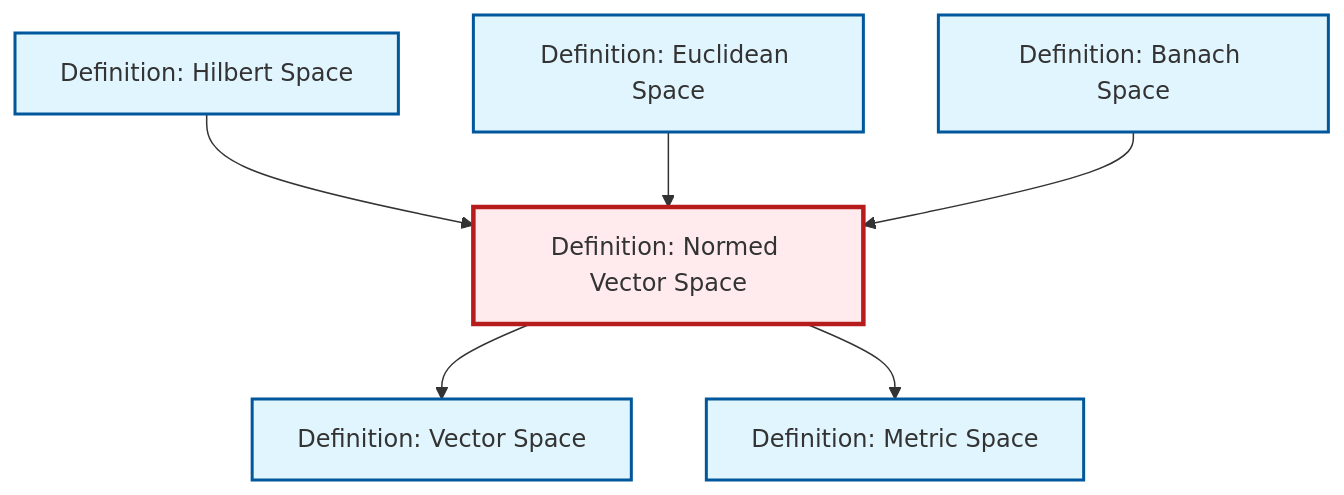
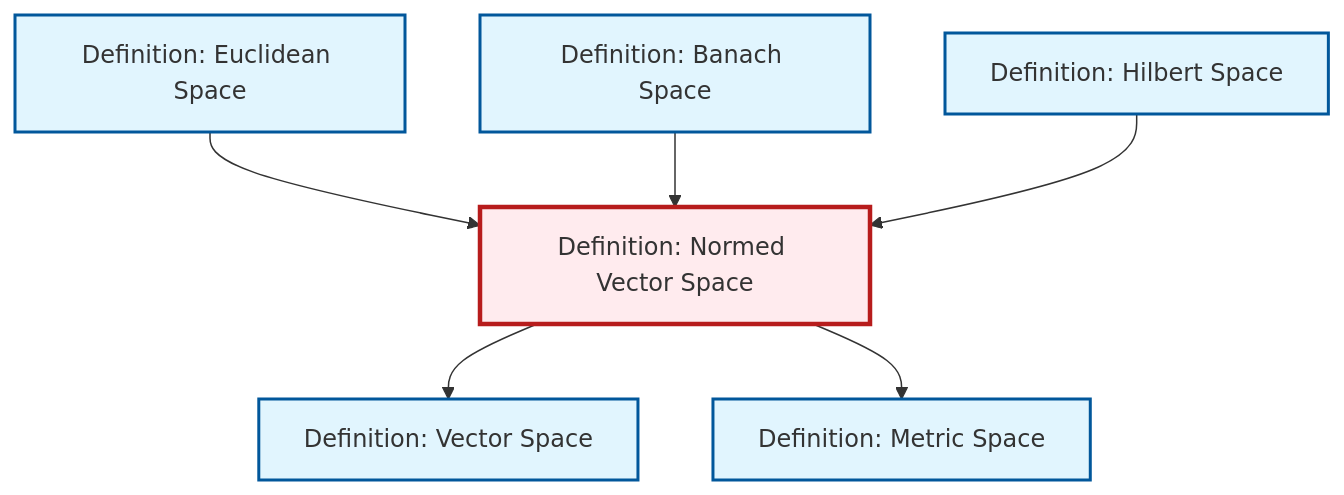
One commit to RK0429/ModernMath changed the diagram in content/en/analysis/def-normed-vector-space.qmd. Above: the diagram before and after it, drawn with Mermaid. The commit also changed other lines of this file and 654 other files, not shown here.

````diff
--- a/content/en/analysis/def-normed-vector-space.qmd
+++ b/content/en/analysis/def-normed-vector-space.qmd
@@ -131,26 +132,26 @@
 ```{mermaid}
 %%| fig-cap: "Local dependency graph"
 graph TD
     classDef definition fill:#e1f5fe,stroke:#01579b,stroke-width:2px
     classDef theorem fill:#f3e5f5,stroke:#4a148c,stroke-width:2px
     classDef axiom fill:#fff3e0,stroke:#e65100,stroke-width:2px
     classDef example fill:#e8f5e9,stroke:#1b5e20,stroke-width:2px
     classDef current fill:#ffebee,stroke:#b71c1c,stroke-width:3px
+    def-euclidean-space["Definition: Euclidean Space"]:::definition
     def-hilbert-space["Definition: Hilbert Space"]:::definition
+    def-metric-space["Definition: Metric Space"]:::definition
+    def-normed-vector-space["Definition: Normed Vector Space"]:::definition
     def-banach-space["Definition: Banach Space"]:::definition
-    def-metric-space["Definition: Metric Space"]:::definition
-    def-euclidean-space["Definition: Euclidean Space"]:::definition
     def-vector-space["Definition: Vector Space"]:::definition
-    def-normed-vector-space["Definition: Normed Vector Space"]:::definition
+    def-euclidean-space --> def-normed-vector-space
+    def-banach-space --> def-normed-vector-space
+    def-normed-vector-space --> def-vector-space
     def-hilbert-space --> def-normed-vector-space
-    def-normed-vector-space --> def-vector-space
-    def-euclidean-space --> def-normed-vector-space
     def-normed-vector-space --> def-metric-space
-    def-banach-space --> def-normed-vector-space
     class def-normed-vector-space current
+    click def-euclidean-space "def-euclidean-space.html" "Go to Euclidean Space definition"
     click def-hilbert-space "def-hilbert-space.html" "Go to Hilbert Space definition"
+    click def-metric-space "def-metric-space.html" "Go to Metric Space definition"
     click def-banach-space "def-banach-space.html" "Go to Banach Space definition"
-    click def-metric-space "def-metric-space.html" "Go to Metric Space definition"
-    click def-euclidean-space "def-euclidean-space.html" "Go to Euclidean Space definition"
     click def-vector-space "def-vector-space.html" "Go to Vector Space definition"
 ```
````
